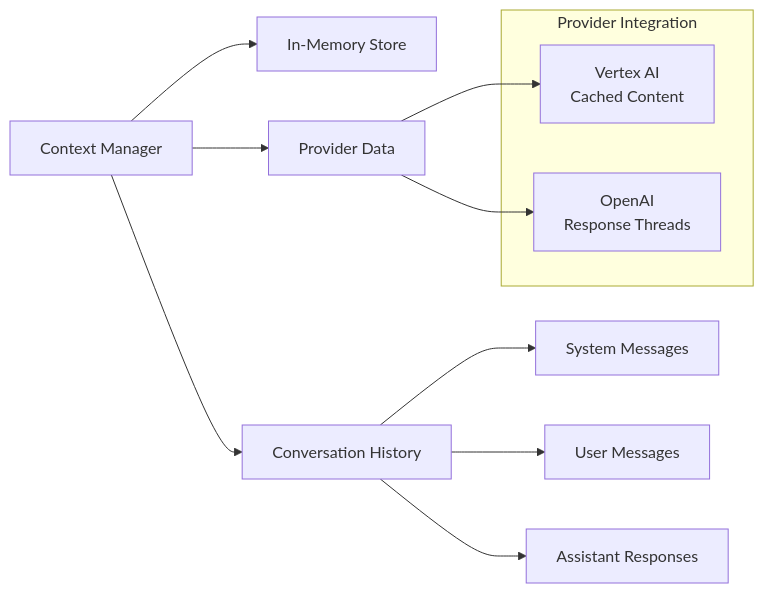
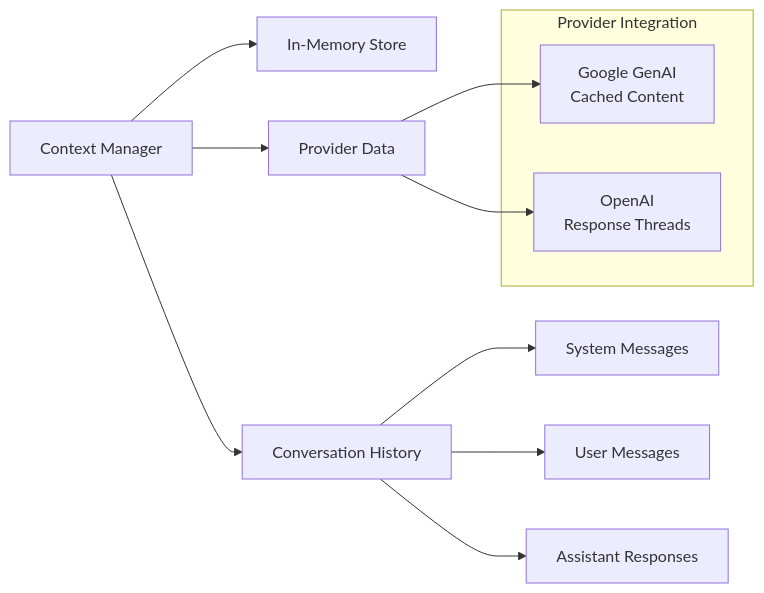
One commit to mythoria-pt/story-generation-workflow changed the fourth of 5 diagrams in docs/ARCHITECTURE.md. Above: the diagram before and after it, drawn with Mermaid. The commit also changed other lines of this file and 14 other files, not shown here.

````diff
--- a/docs/ARCHITECTURE.md
+++ b/docs/ARCHITECTURE.md
@@ -220,18 +218,18 @@
 ```mermaid
 graph LR
     Context[Context Manager] --> Memory[In-Memory Store]
     Context --> Provider[Provider Data]
-    
+
     subgraph "Provider Integration"
-        Vertex[Vertex AI<br/>Cached Content]
+        Google[Google GenAI<br/>Cached Content]
         OpenAI[OpenAI<br/>Response Threads]
     end
-    
-    Provider --> Vertex
+
+    Provider --> Google
     Provider --> OpenAI
-    
+
     Context --> Conversation[Conversation History]
     Conversation --> System[System Messages]
     Conversation --> User[User Messages]
     Conversation --> Assistant[Assistant Responses]
 ```
````
